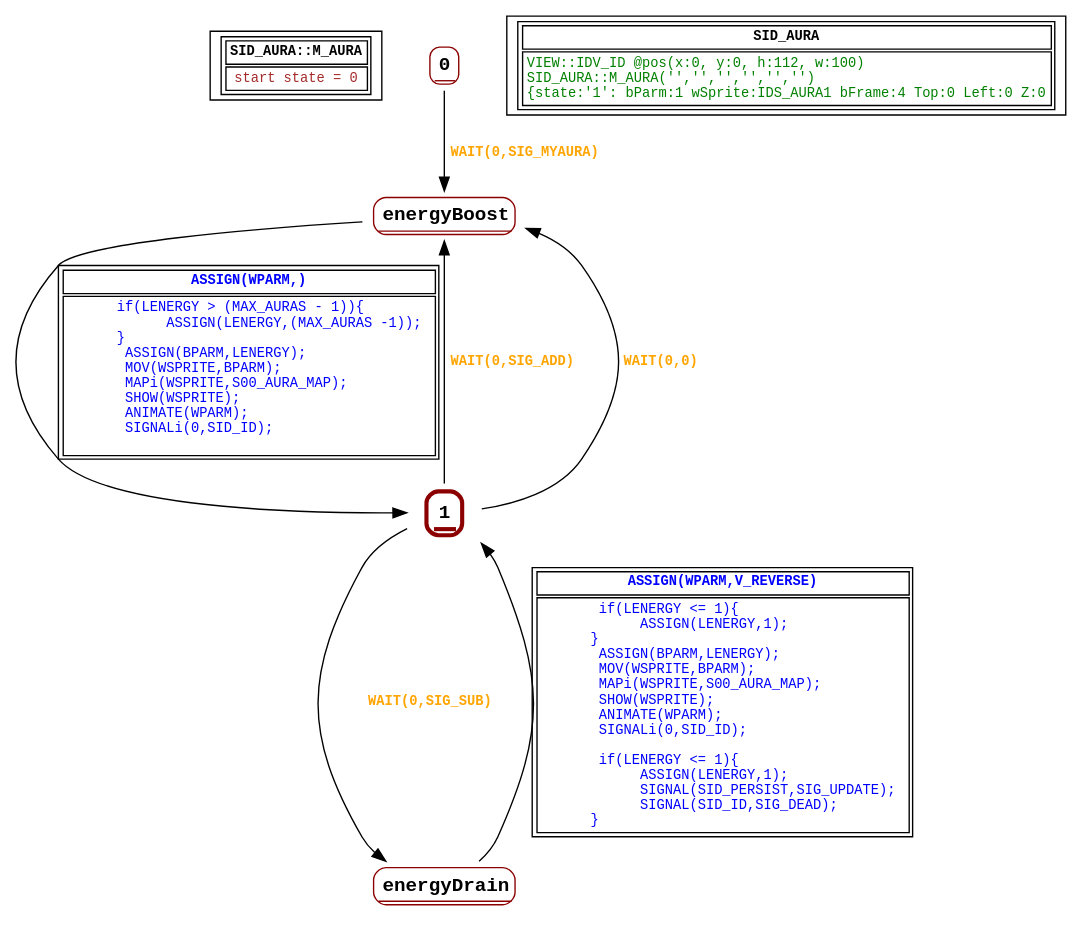
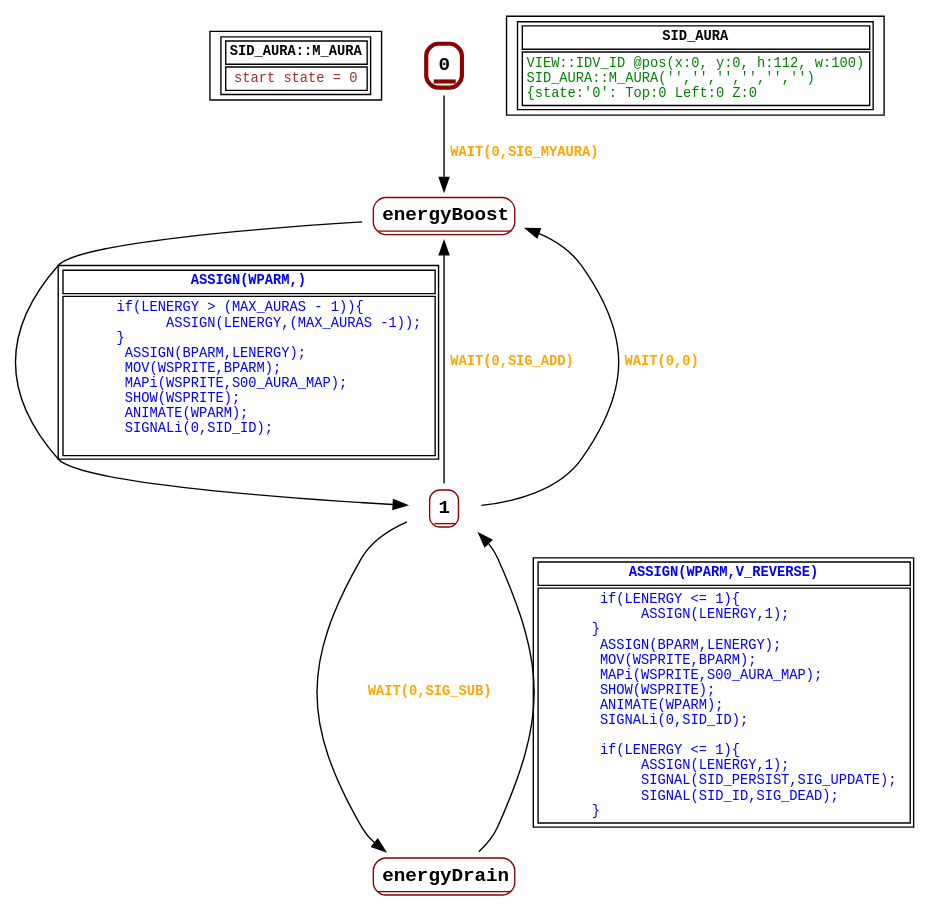
Before and after one commit to guy-stewart/AzariaCD: the diagram in graphs/SID_AURA.dot, drawn with Graphviz. The commit also changed 31 other files, not shown here.

```diff
--- a/graphs/SID_AURA.dot
+++ b/graphs/SID_AURA.dot
@@ -1,36 +1,36 @@
 digraph Automaton {
  fontname="Courier New"
 	node [shape=oval, fontname="Courier New"];
 	filename[shape = record, fontsize=10, label=< <table border="1"><tr><td><b>SID_AURA::M_AURA<br align="left"/></b></td></tr>
 <tr><td><font point-size="10" color ="brown">start state = 0<br align="left"/></font></td></tr></table>>
 ];
-	0[shape = none, fontsize=14, label=< <table border="1" color="darkred" style="rounded"><tr><td sides="b"><b>0<br align="left"/></b></td></tr>
+	0[shape = none, fontsize=14, label=< <table border="3" color="darkred" style="rounded"><tr><td sides="b"><b>0<br align="left"/></b></td></tr>
 </table>>];
 "0" -> "energyBoost" [fontcolor=orange,fontsize=10,fontname="Courier New", label=< <table border="0"><tr><td><b>WAIT(0,SIG_MYAURA)<br align="left"/></b></td></tr>
 </table>>
 ];
-	1[shape = none, fontsize=14, label=< <table border="3" color="darkred" style="rounded"><tr><td sides="b"><b>1<br align="left"/></b></td></tr>
+	1[shape = none, fontsize=14, label=< <table border="1" color="darkred" style="rounded"><tr><td sides="b"><b>1<br align="left"/></b></td></tr>
 </table>>];
 "1" -> "energyBoost" [fontcolor=orange,fontsize=10,fontname="Courier New", label=< <table border="0"><tr><td><b>WAIT(0,SIG_ADD)<br align="left"/></b></td></tr>
 </table>>
 ];
 "1" -> "energyDrain" [fontcolor=orange,fontsize=10,fontname="Courier New", label=< <table border="0"><tr><td><b>WAIT(0,SIG_SUB)<br align="left"/></b></td></tr>
 </table>>
 ];
 "1" -> "energyBoost" [fontcolor=orange,fontsize=10,fontname="Courier New", label=< <table border="0"><tr><td><b>WAIT(0,0)<br align="left"/></b></td></tr>
 </table>>
 ];
 	energyBoost[shape = none, fontsize=14, label=< <table border="1" color="darkred" style="rounded"><tr><td sides="b"><b>energyBoost<br align="left"/></b></td></tr>
 </table>>];
 "energyBoost" -> "1" [fontcolor=blue,fontsize=10,fontname="Courier New", label=< <table border="1"><tr><td><b>ASSIGN(WPARM,)<br align="left"/></b></td></tr>
 <tr><td><font point-size="10" color ="blue">       if(LENERGY &gt; (MAX_AURAS - 1))&#123;<br align="left"/>             ASSIGN(LENERGY,(MAX_AURAS -1));<br align="left"/>       &#125;<br align="left"/>        ASSIGN(BPARM,LENERGY);<br align="left"/>        MOV(WSPRITE,BPARM);<br align="left"/>        MAPi(WSPRITE,S00_AURA_MAP);<br align="left"/>        SHOW(WSPRITE);<br align="left"/>        ANIMATE(WPARM);<br align="left"/>        SIGNALi(0,SID_ID);<br align="left"/>       <br align="left"/></font></td></tr></table>>
 ];
 	energyDrain[shape = none, fontsize=14, label=< <table border="1" color="darkred" style="rounded"><tr><td sides="b"><b>energyDrain<br align="left"/></b></td></tr>
 </table>>];
 "energyDrain" -> "1" [fontcolor=blue,fontsize=10,fontname="Courier New", label=< <table border="1"><tr><td><b>ASSIGN(WPARM,V_REVERSE)<br align="left"/></b></td></tr>
 <tr><td><font point-size="10" color ="blue">        if(LENERGY &lt;= 1)&#123;<br align="left"/>             ASSIGN(LENERGY,1);<br align="left"/>       &#125;      <br align="left"/>        ASSIGN(BPARM,LENERGY);<br align="left"/>        MOV(WSPRITE,BPARM);<br align="left"/>        MAPi(WSPRITE,S00_AURA_MAP);<br align="left"/>        SHOW(WSPRITE);<br align="left"/>        ANIMATE(WPARM);<br align="left"/>        SIGNALi(0,SID_ID);<br align="left"/>        <br align="left"/>        if(LENERGY &lt;= 1)&#123;<br align="left"/>             ASSIGN(LENERGY,1);<br align="left"/>             SIGNAL(SID_PERSIST,SIG_UPDATE);<br align="left"/>             SIGNAL(SID_ID,SIG_DEAD);<br align="left"/>       &#125;   <br align="left"/></font></td></tr></table>>
 ];
 	status[shape = record, fontsize=10, label=< <table border="1"><tr><td><b>SID_AURA<br align="left"/></b></td></tr>
-<tr><td><font point-size="10" color ="green">VIEW::IDV_ID @pos(x:0, y:0, h:112, w:100)<br align="left"/>SID_AURA::M_AURA(&apos;&apos;,&apos;&apos;,&apos;&apos;,&apos;&apos;,&apos;&apos;,&apos;&apos;)<br align="left"/>			&#123;state:&apos;1&apos;: bParm:1 wSprite:IDS_AURA1 bFrame:4 Top:0 Left:0 Z:0<br align="left"/></font></td></tr></table>>
+<tr><td><font point-size="10" color ="green">VIEW::IDV_ID @pos(x:0, y:0, h:112, w:100)<br align="left"/>SID_AURA::M_AURA(&apos;&apos;,&apos;&apos;,&apos;&apos;,&apos;&apos;,&apos;&apos;,&apos;&apos;)<br align="left"/>			&#123;state:&apos;0&apos;: Top:0 Left:0 Z:0<br align="left"/></font></td></tr></table>>
 ];
 }
```
